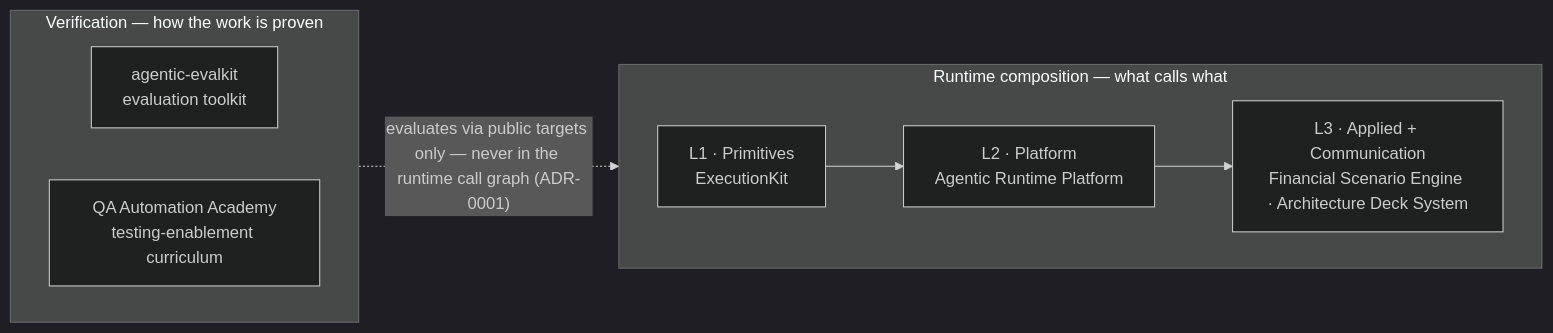
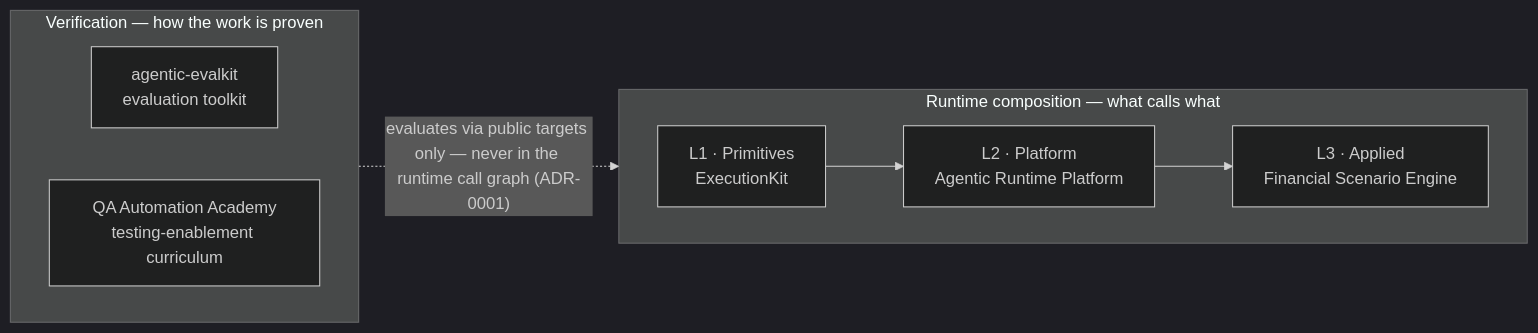
The first of 2 diagrams in README.md (tafreeman/tafreeman), drawn with Mermaid (dark theme) before and after one commit. The commit also changed other lines of this file and 14 other files, not shown here.

````diff
--- a/README.md
+++ b/README.md
@@ -38,15 +38,15 @@
 ```mermaid
 flowchart LR
     subgraph runtime["Runtime composition — what calls what"]
         direction LR
-        L1["L1 · Primitives<br/>ExecutionKit"] --> L2["L2 · Platform<br/>Agentic Runtime Platform"] --> L3["L3 · Applied + Communication<br/>Financial Scenario Engine · Architecture Deck System"]
+        L1["L1 · Primitives<br/>ExecutionKit"] --> L2["L2 · Platform<br/>Agentic Runtime Platform"] --> L3["L3 · Applied<br/>Financial Scenario Engine"]
     end
 
     subgraph verification["Verification — how the work is proven"]
         direction LR
         EVK["agentic-evalkit<br/>evaluation toolkit"]
         QAA["QA Automation Academy<br/>testing-enablement curriculum"]
     end
 
     verification -. "evaluates via public targets only — never in the runtime call graph (ADR-0001)" .-> runtime
 ```
````
